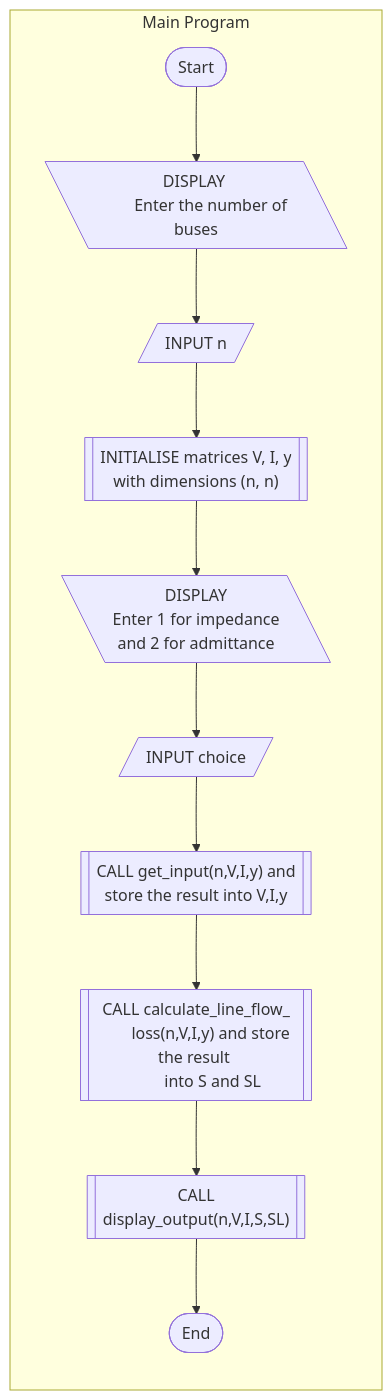
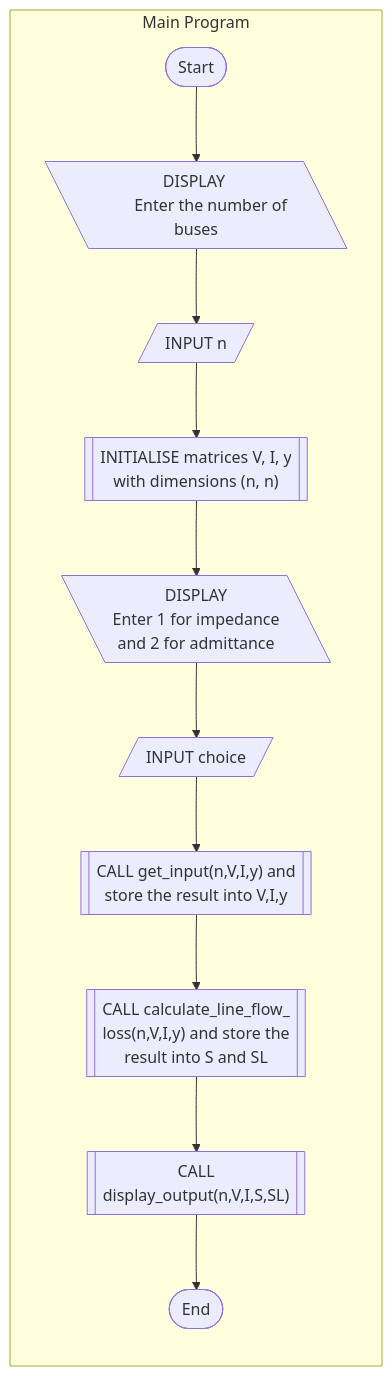
The second of 4 diagrams in line-flows-and-losses.md (Sree2011/flowcharts-load-flow-analysis), drawn with Mermaid before and after one commit.

```diff
--- a/line-flows-and-losses.md
+++ b/line-flows-and-losses.md
@@ -57,24 +57,24 @@
 <pre class="mermaid">
 graph LR
     subgraph "Main Program"
         direction TB
         A([Start])
         A --> B["DISPLAY 
         Enter the number of buses"]@{shape: lean-left}
         B --> C[INPUT n]@{shape: lean-right}
         C --> D[["INITIALISE matrices V, I, y 
         with dimensions (n, n)"]]
         D --> E["DISPLAY 
         Enter 1 for impedance 
         and 2 for admittance"]@{shape: lean-left}
         E --> F[INPUT choice]@{shape: lean-right}
         F --> G[["CALL get_input(n,V,I,y) and 
         store the result into V,I,y"]]
         G --> H[["CALL calculate_line_flow_
-        loss(n,V,I,y) and store the result 
-        into S and SL"]]
+        loss(n,V,I,y) and store the 
+        result into S and SL"]]
         H --> I[["CALL 
         display_output(n,V,I,S,SL)"]]
         I --> J([End])
     end
 </pre>
```
